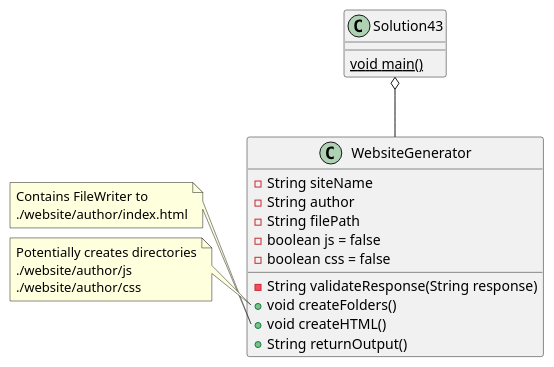
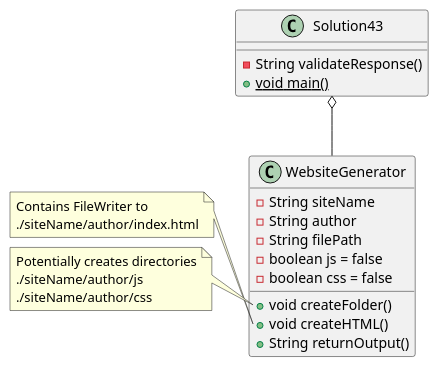
Before and after one commit to lastingParadox/preston-a04: the diagram in exercise43/docs/classes.puml, drawn with PlantUML. The commit also changed 4 other files, not shown here.

Commit message:
Added method logic, test cases, and fixed diagram for exercise43

```diff
--- a/exercise43/docs/classes.puml
+++ b/exercise43/docs/classes.puml
@@ -1,33 +1,33 @@
 @startuml
 
 class Solution43 {
-    {static} void main()
+    -String validateResponse()
+    +{static} void main()
 }
 
 class WebsiteGenerator {
     -String siteName
     -String author
     -String filePath
     -boolean js = false
     -boolean css = false
 
-    -String validateResponse(String response)
-    +void createFolders()
+    +void createFolder()
     +void createHTML()
     +String returnOutput()
 }
 
 Solution43 o-- WebsiteGenerator
 
 note left of WebsiteGenerator::createHTML
     Contains FileWriter to
-    ./website/author/index.html
+    ./siteName/author/index.html
 end note
 
-note left of WebsiteGenerator::createFolders
+note left of WebsiteGenerator::createFolder
     Potentially creates directories
-    ./website/author/js
-    ./website/author/css
+    ./siteName/author/js
+    ./siteName/author/css
 end note
 
 @enduml
```
